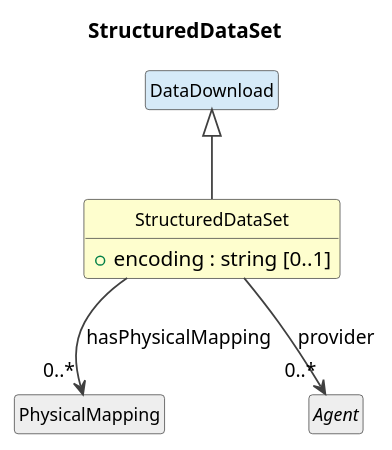
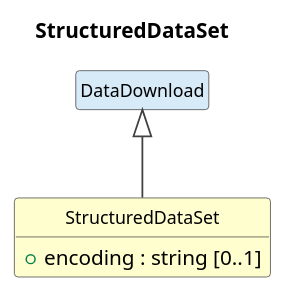
The diagram in cdif-uml-model/CDIFDataDescription/Classes/StructuredDataSet.pu (Cross-Domain-Interoperability-Framework/metadataBuildingBlocks), drawn with PlantUML before and after one commit. The commit also changed 137 other files, not shown here.

First line of the commit message:
Regenerate UML model browser: simplified child diagrams + model edits

```diff
--- a/cdif-uml-model/CDIFDataDescription/Classes/StructuredDataSet.pu
+++ b/cdif-uml-model/CDIFDataDescription/Classes/StructuredDataSet.pu
@@ -1,23 +1,19 @@
 @startuml
 title StructuredDataSet
 hide circle
 hide empty members
 skinparam shadowing false
 skinparam ArrowThickness 1.2
 skinparam class {
   ArrowColor #404040
   BorderColor #404040
   FontSize 12
 }
 
 class "StructuredDataSet" as StructuredDataSet #FEFECE {
   +encoding : string [0..1]
 }
 class "DataDownload" as DataDownload #D6EAF8
 DataDownload <|-- StructuredDataSet
-class "PhysicalMapping" as PhysicalMapping #EEEEEE
-StructuredDataSet --> "0..*" PhysicalMapping : hasPhysicalMapping
-abstract class "Agent" as Agent #EEEEEE
-StructuredDataSet --> "0..*" Agent : provider
 
 @enduml
```
